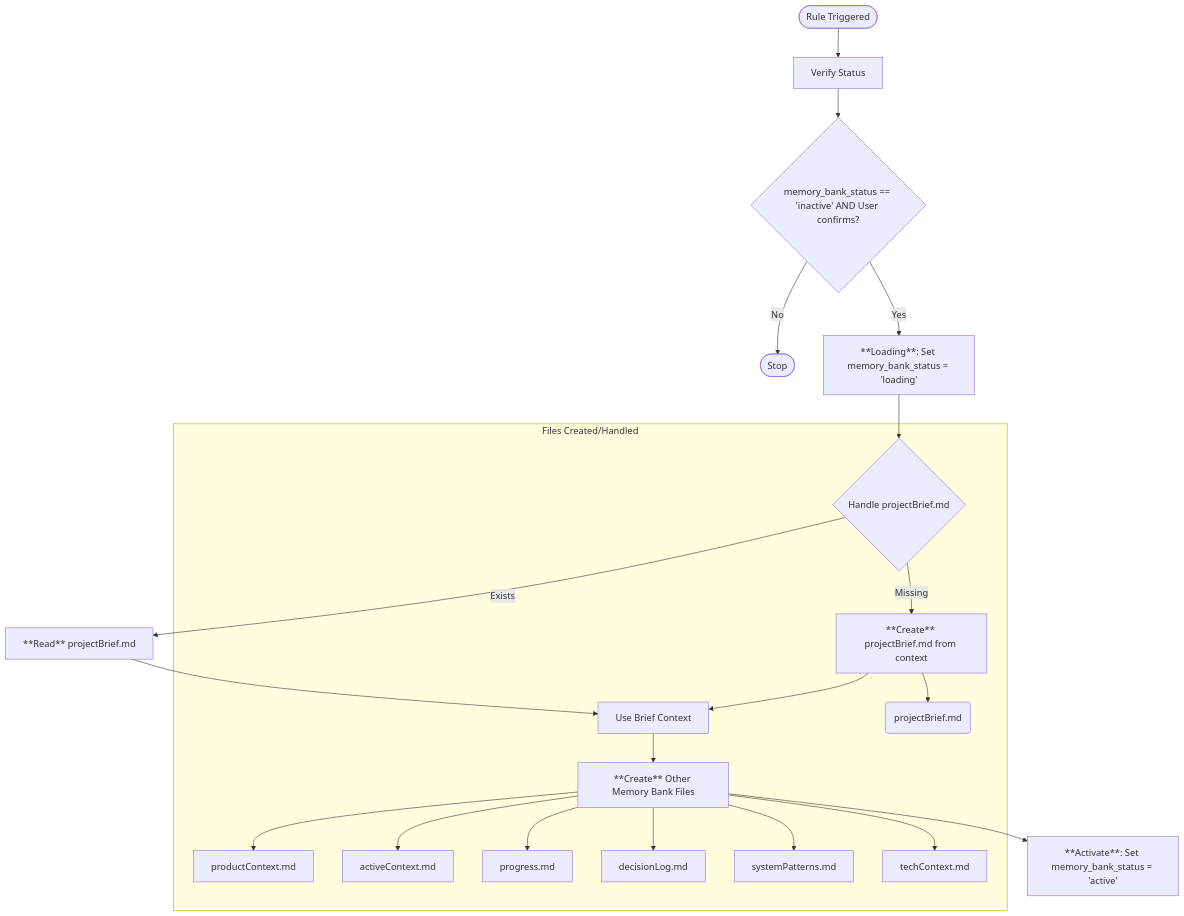
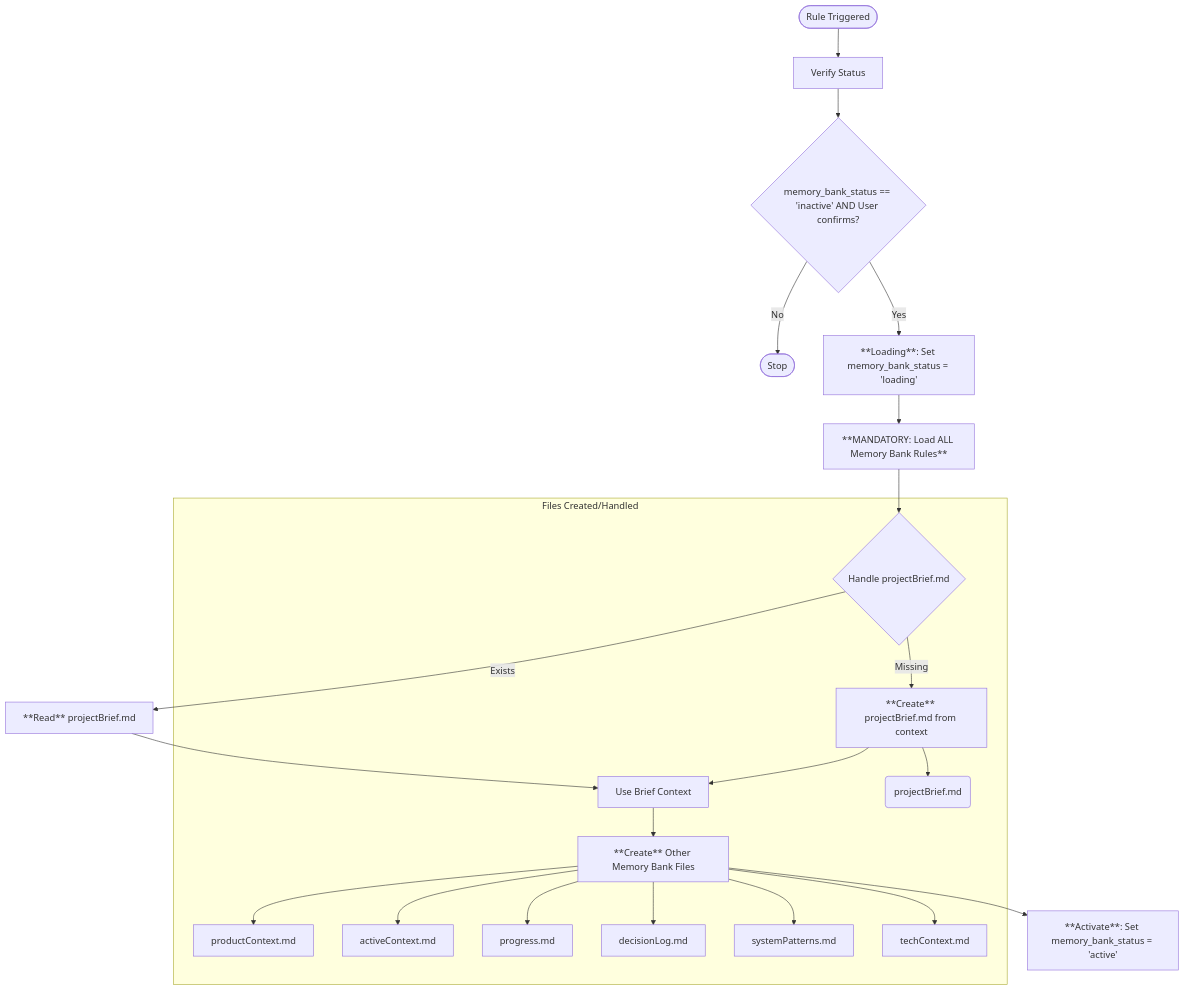
Before and after one commit to kvokka/getting-started: the diagram in .cursor/rules/agent/memory-bank/init.mdc, drawn with Mermaid. The commit also changed other lines of this file, not shown here.

First line of the commit message:
feat(memory-bank): load all memory bank rules

````diff
--- a/.cursor/rules/agent/memory-bank/init.mdc
+++ b/.cursor/rules/agent/memory-bank/init.mdc
@@ -14,29 +14,30 @@
 ```mermaid
 flowchart TD
     Start([Rule Triggered]) --> VerifyStatus[Verify Status]
     VerifyStatus --> Confirm{memory_bank_status == 'inactive' AND User confirms?}
     Confirm -->|No| End([Stop])
 
     Confirm -->|Yes| Loading[**Loading**: Set memory_bank_status = 'loading']
-    Loading --> HandleBrief{Handle projectBrief.md}
+    Loading --> LoadRules[**MANDATORY: Load ALL Memory Bank Rules**]
+    LoadRules --> HandleBrief{Handle projectBrief.md}
     HandleBrief -- Exists --> ReadBrief[**Read** projectBrief.md]
     HandleBrief -- Missing --> CreateBrief[**Create** projectBrief.md from context]
 
     ReadBrief --> UseBriefContext[Use Brief Context]
     CreateBrief --> UseBriefContext
 
     UseBriefContext --> CreateFiles[**Create** Other Memory Bank Files]
     CreateFiles --> Activate[**Activate**: Set memory_bank_status = 'active']
 
     subgraph "Files Created/Handled"
         HandleBrief
         CreateBrief --> FileBrief(projectBrief.md)
         UseBriefContext
         CreateFiles --> ProductContext[productContext.md]
         CreateFiles --> ActiveContext[activeContext.md]
         CreateFiles --> Progress[progress.md]
         CreateFiles --> DecisionLog[decisionLog.md]
         CreateFiles --> SystemPatterns[systemPatterns.md]
         CreateFiles --> TechContext[techContext.md]
     end
 ```
````
